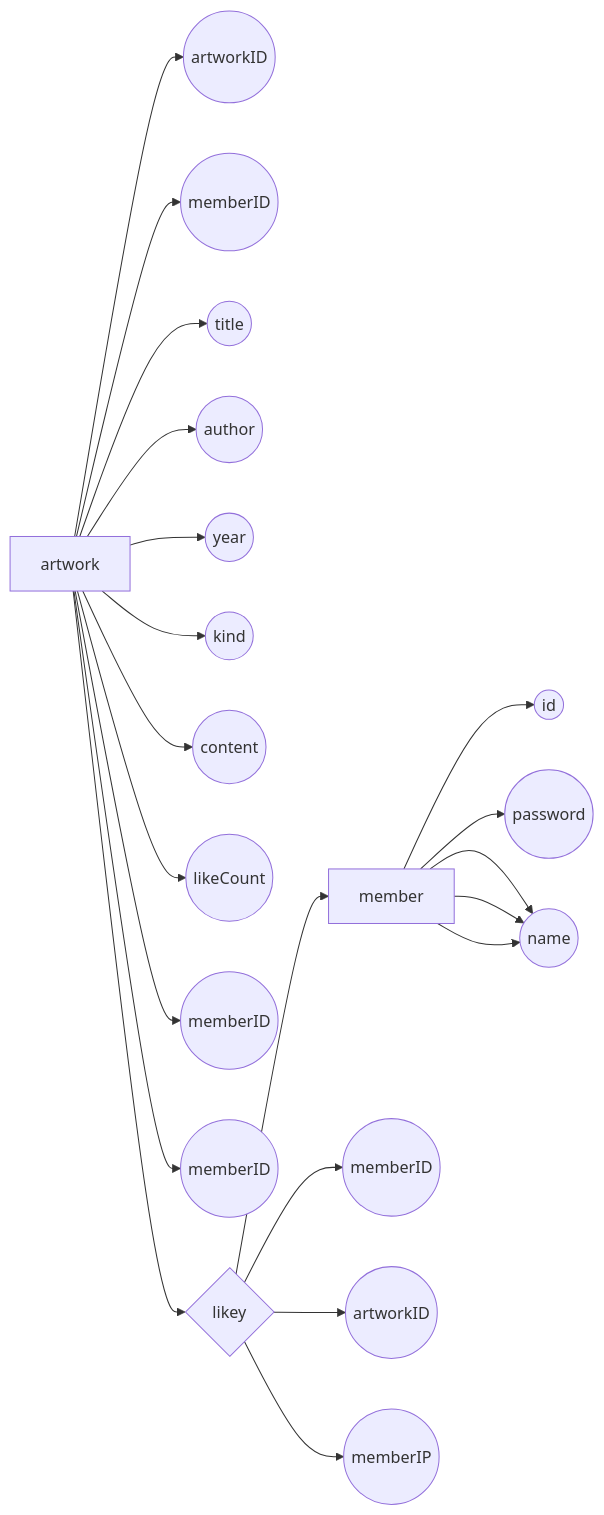
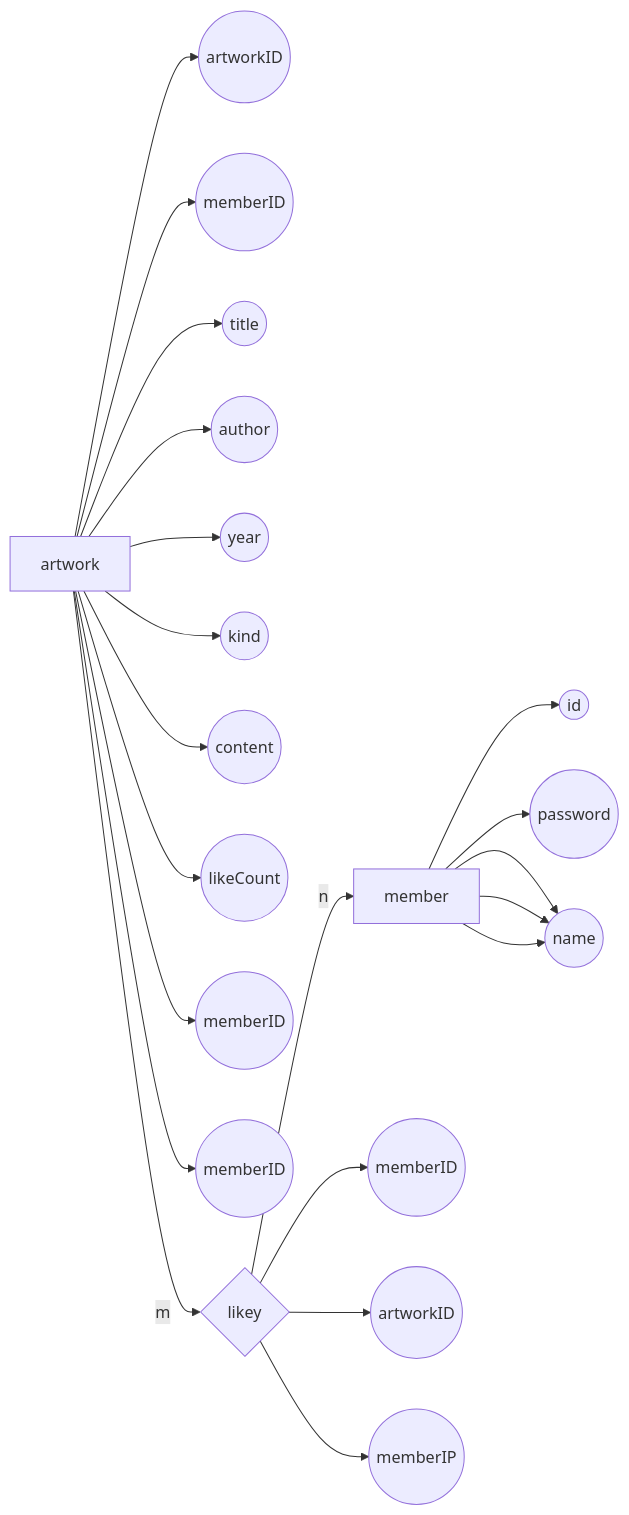
Before and after one commit to ydj1215/FindMedia: the diagram in README.md, drawn with Mermaid.

````diff
--- a/README.md
+++ b/README.md
@@ -38,27 +38,27 @@
 ```mermaid
 graph LR
 A[artwork]
    A --> B((artworkID))
    A --> C((memberID))
    A --> D((title))
    A --> E((author))
    A --> F((year))
    A --> G((kind))
    A --> H((content))
    A --> I((likeCount))
    A --> J((memberID))
    A --> K((memberID))
-   A --> a
+   A --> |m|a
 L[member]
   L --> M((id))
   L --> N((password))
   L --> O((nickname))
   L --> O((email))
   L --> O((name))
 a{likey}
   a --> b((memberID))
   a --> c((artworkID))
   a --> d((memberIP))
-  a --> L
+  a --> |n|L
 
 ```
````
